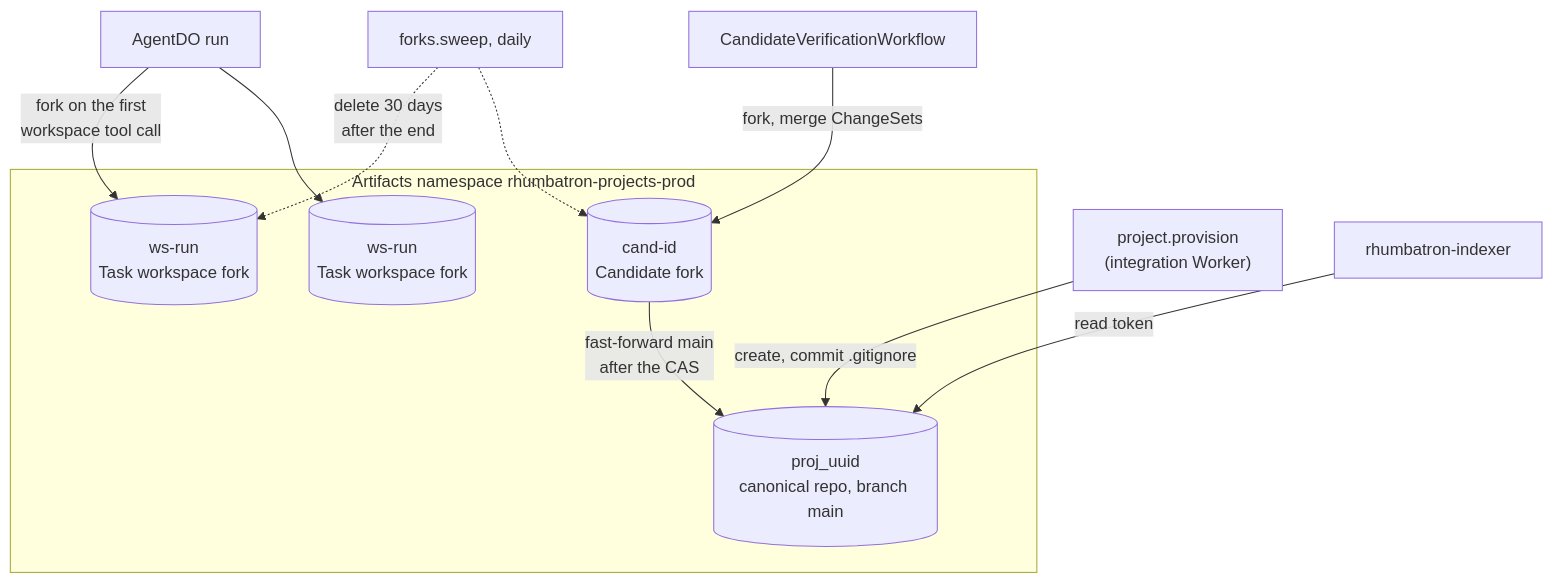
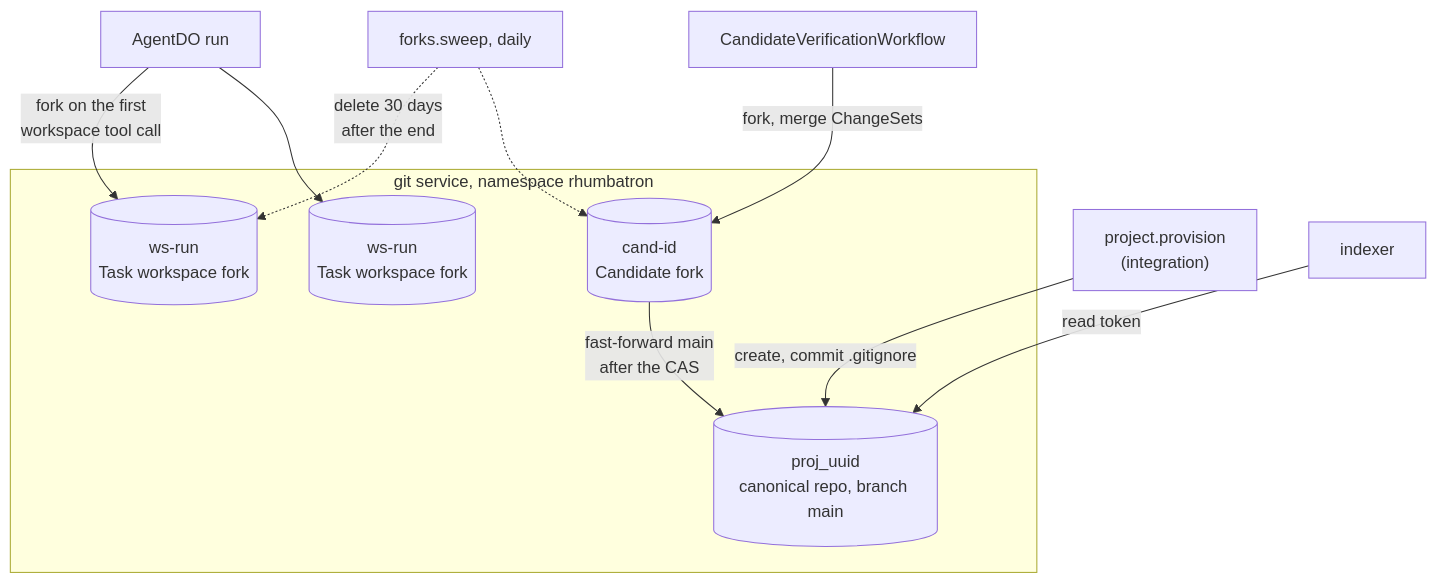
Before and after one commit to nsudhanva/rhumbatron: the first of 8 diagrams in docs/architecture/source-and-verification.md, drawn with Mermaid. The commit also changed other lines of this file and 322 other files, not shown here.

````diff
--- a/docs/architecture/source-and-verification.md
+++ b/docs/architecture/source-and-verification.md
@@ -21,17 +23,17 @@
 ```mermaid
 flowchart TB
-  subgraph NS["Artifacts namespace rhumbatron-projects-prod"]
+  subgraph NS["git service, namespace rhumbatron"]
     CAN[("proj_uuid<br/>canonical repo, branch main")]
     WS1[("ws-run<br/>Task workspace fork")]
     WS2[("ws-run<br/>Task workspace fork")]
     CA[("cand-id<br/>Candidate fork")]
   end
-  PROV["project.provision<br/>(integration Worker)"] -->|"create, commit .gitignore"| CAN
+  PROV["project.provision<br/>(integration)"] -->|"create, commit .gitignore"| CAN
   AG["AgentDO run"] -->|"fork on the first<br/>workspace tool call"| WS1
   AG --> WS2
   VW["CandidateVerificationWorkflow"] -->|"fork, merge ChangeSets"| CA
   CA -->|"fast-forward main<br/>after the CAS"| CAN
   SWEEP["forks.sweep, daily"] -.->|"delete 30 days<br/>after the end"| WS1
   SWEEP -.-> CA
-  IDX["rhumbatron-indexer"] -->|"read token"| CAN
+  IDX["indexer"] -->|"read token"| CAN
 ```
````
